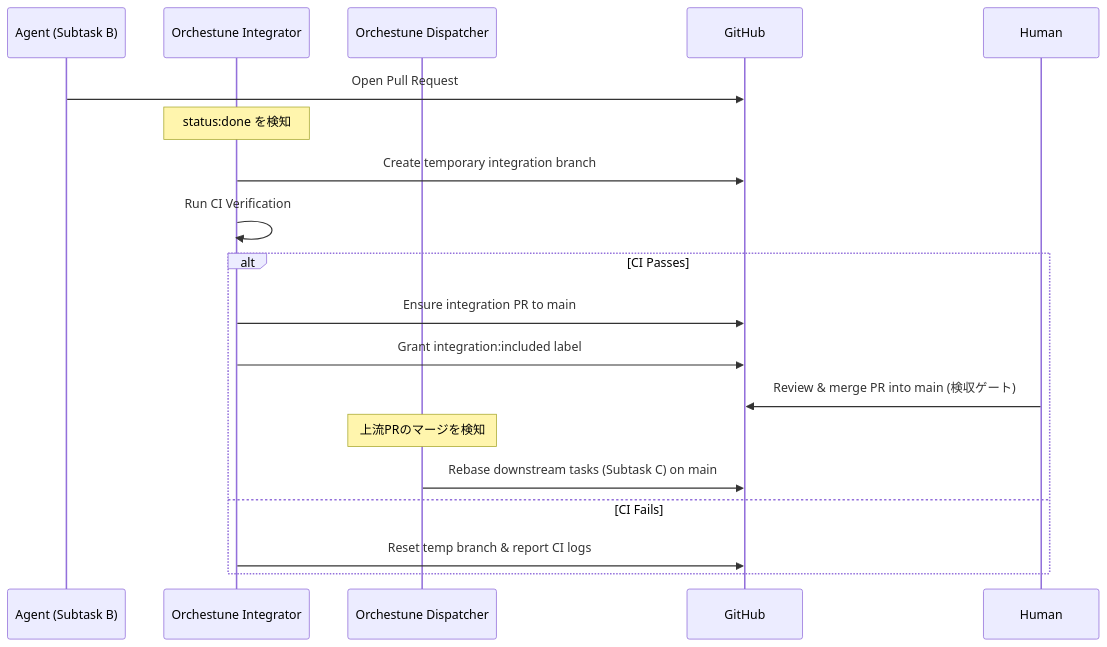
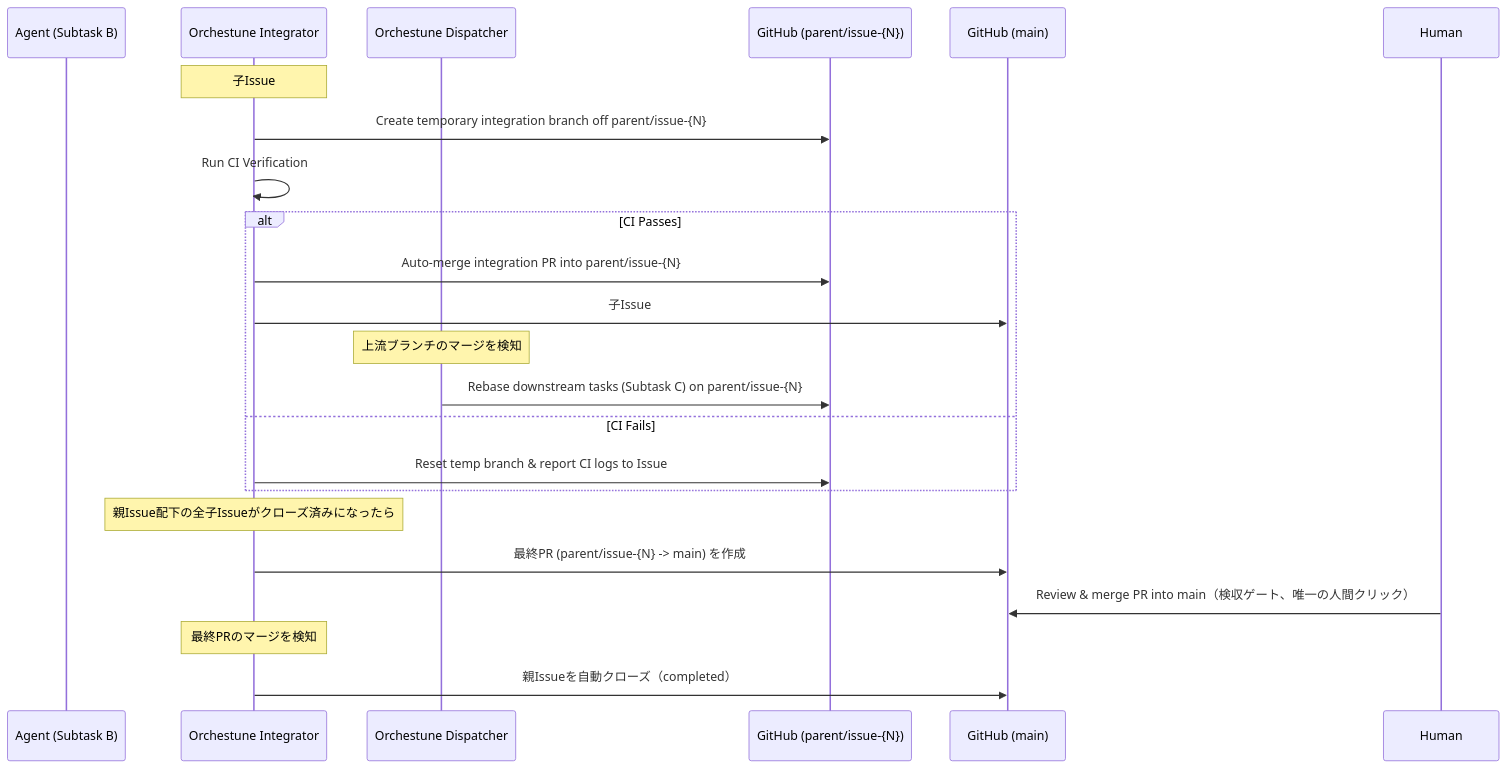
Before and after one commit to Saltmu/orchestune: the second of 2 diagrams in docs/ja/architecture.md, drawn with Mermaid. The commit also changed other lines of this file and 15 other files, not shown here.

First line of the commit message:
feat: auto-merge child integration and auto-close child/parent issues

````diff
--- a/docs/ja/architecture.md
+++ b/docs/ja/architecture.md
@@ -57,22 +59,26 @@
 ```mermaid
 sequenceDiagram
     participant AG as Agent (Subtask B)
     participant IG as Orchestune Integrator
     participant DP as Orchestune Dispatcher
-    participant GH as GitHub
+    participant PB as GitHub (parent/issue-{N})
+    participant GH as GitHub (main)
     participant HU as Human
 
-    AG->>GH: Open Pull Request
-    Note over IG: status:done を検知
-    IG->>GH: Create temporary integration branch
+    Note over IG: 子Issue #B が status:done に
+    IG->>PB: Create temporary integration branch off parent/issue-{N}
     IG->>IG: Run CI Verification
     alt CI Passes
-        IG->>GH: Ensure integration PR to main
-        IG->>GH: Grant integration:included label
-        HU->>GH: Review & merge PR into main (検収ゲート)
-        Note over DP: 上流PRのマージを検知
-        DP->>GH: Rebase downstream tasks (Subtask C) on main
+        IG->>PB: Auto-merge integration PR into parent/issue-{N}
+        IG->>GH: 子Issue #B を自動クローズ（completed）
+        Note over DP: 上流ブランチのマージを検知
+        DP->>PB: Rebase downstream tasks (Subtask C) on parent/issue-{N}
     else CI Fails
-        IG->>GH: Reset temp branch & report CI logs
+        IG->>PB: Reset temp branch & report CI logs to Issue #B
     end
+    Note over IG: 親Issue配下の全子Issueがクローズ済みになったら
+    IG->>GH: 最終PR (parent/issue-{N} -> main) を作成
+    HU->>GH: Review & merge PR into main（検収ゲート、唯一の人間クリック）
+    Note over IG: 最終PRのマージを検知
+    IG->>GH: 親Issueを自動クローズ（completed）
 ```
````
